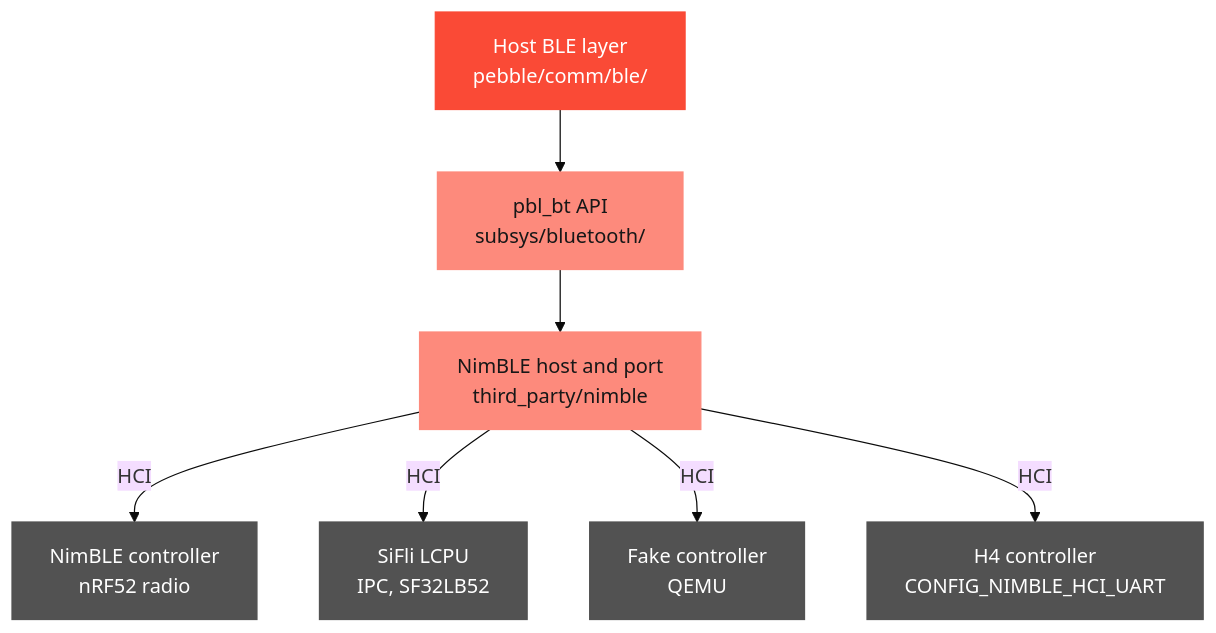
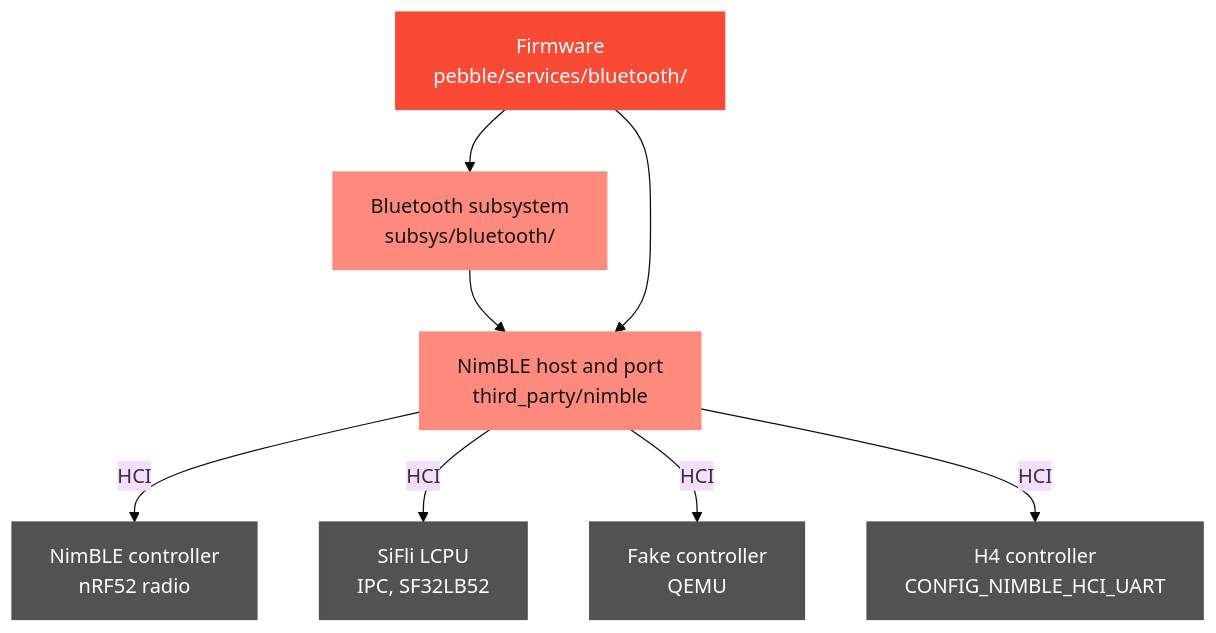
Before and after one commit to coredevices/PebbleOS: the diagram in docs/subsystems/bluetooth.md, drawn with Mermaid (base theme). The commit also changed other lines of this file and 131 other files, not shown here.

````diff
--- a/docs/subsystems/bluetooth.md
+++ b/docs/subsystems/bluetooth.md
@@ -18,22 +14,23 @@
 ```{mermaid}
 flowchart TD
-  ble["Host BLE layer<br/>pebble/comm/ble/"]
-  glue["pbl_bt API<br/>subsys/bluetooth/"]
+  fw["Firmware<br/>pebble/services/bluetooth/"]
+  glue["Bluetooth subsystem<br/>subsys/bluetooth/"]
   nimble["NimBLE host and port<br/>third_party/nimble"]
   nrf["NimBLE controller<br/>nRF52 radio"]
   sifli["SiFli LCPU<br/>IPC, SF32LB52"]
   fake["Fake controller<br/>QEMU"]
   uart["H4 controller<br/>CONFIG_NIMBLE_HCI_UART"]
-  ble --> glue --> nimble
+  fw --> glue --> nimble
+  fw --> nimble
   nimble -- HCI --> nrf
   nimble -- HCI --> sifli
   nimble -- HCI --> fake
   nimble -- HCI --> uart
 
   classDef app fill:#fa4a36,stroke:#fa4a36,color:#ffffff
   classDef system fill:#fd8a7c,stroke:#fd8a7c,color:#171717
   classDef base fill:#525252,stroke:#525252,color:#ffffff
-  class ble app
+  class fw app
   class glue,nimble system
   class nrf,sifli,fake,uart base
 ```
````
